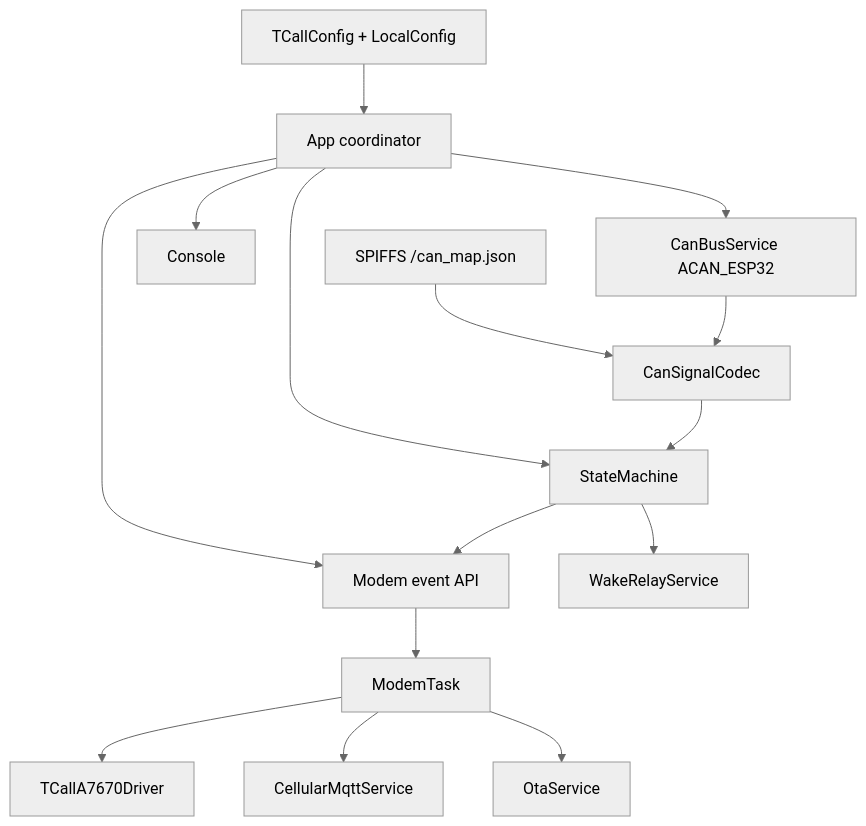
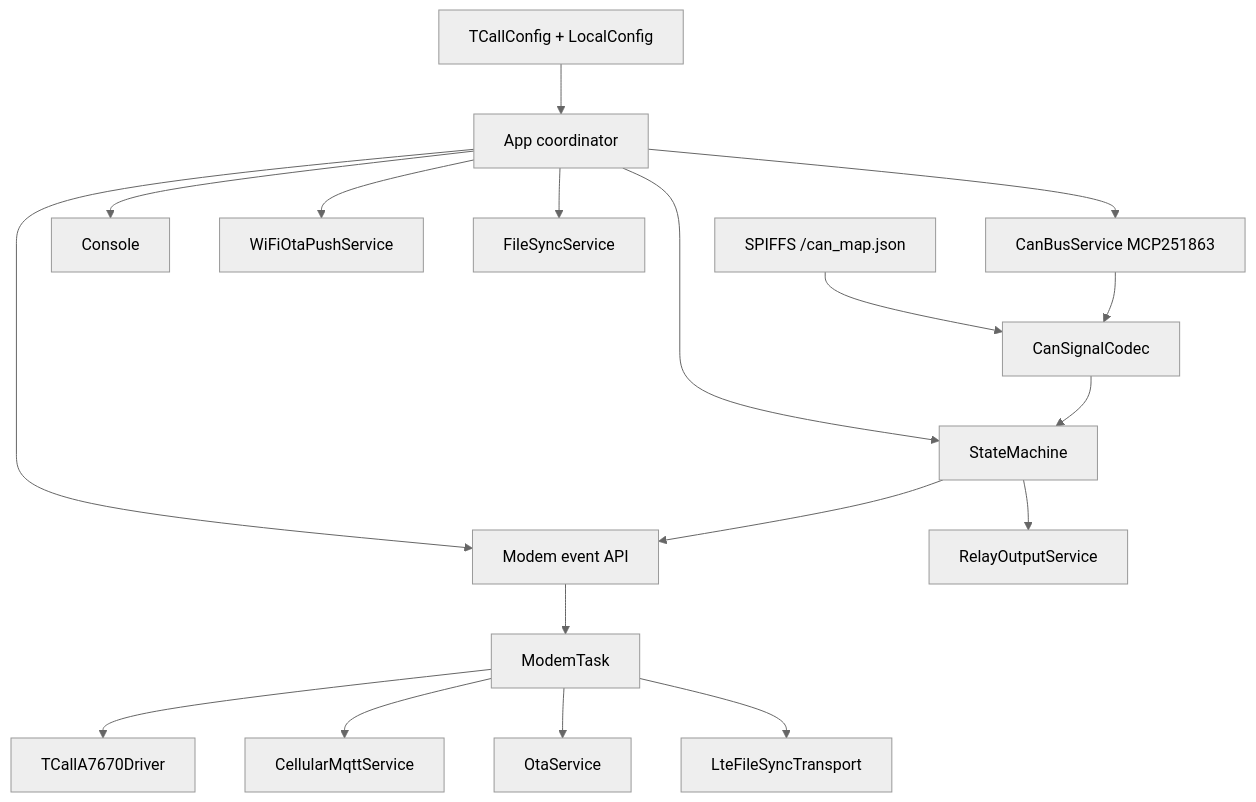
One commit to Modellfan/ESP32S3-TCU changed the sixth of 6 diagrams in README.md. Above: the diagram before and after it, drawn with Mermaid (neutral theme). The commit also changed other lines of this file and 9 other files, not shown here.

````diff
--- a/README.md
+++ b/README.md
@@ -383,17 +366,20 @@
 ```mermaid
 graph TB
   Config[TCallConfig + LocalConfig] --> App
   Spi[SPIFFS /can_map.json] --> Codec
   App[App coordinator] --> StateMachine
   App --> Console
+  App --> WifiOta[WiFiOtaPushService]
+  App --> FileSync[FileSyncService]
   App --> Can
   App --> ModemApi
-  Can[CanBusService ACAN_ESP32] --> Codec[CanSignalCodec]
+  Can[CanBusService MCP251863] --> Codec[CanSignalCodec]
   Codec --> StateMachine
-  StateMachine --> Relay[WakeRelayService]
+  StateMachine --> Relay[RelayOutputService]
   StateMachine --> ModemApi[Modem event API]
   ModemApi --> ModemTask
   ModemTask --> Driver[TCallA7670Driver]
   ModemTask --> Mqtt[CellularMqttService]
   ModemTask --> Ota[OtaService]
+  ModemTask --> LteFileSync[LteFileSyncTransport]
 ```
````
